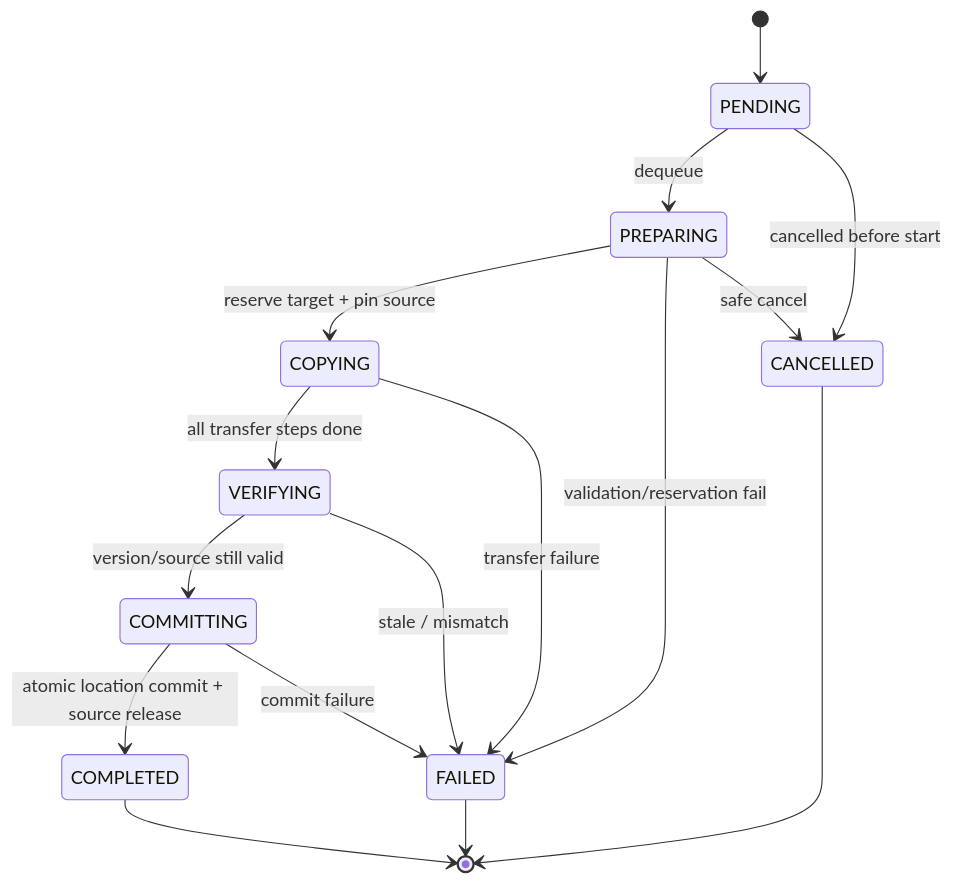
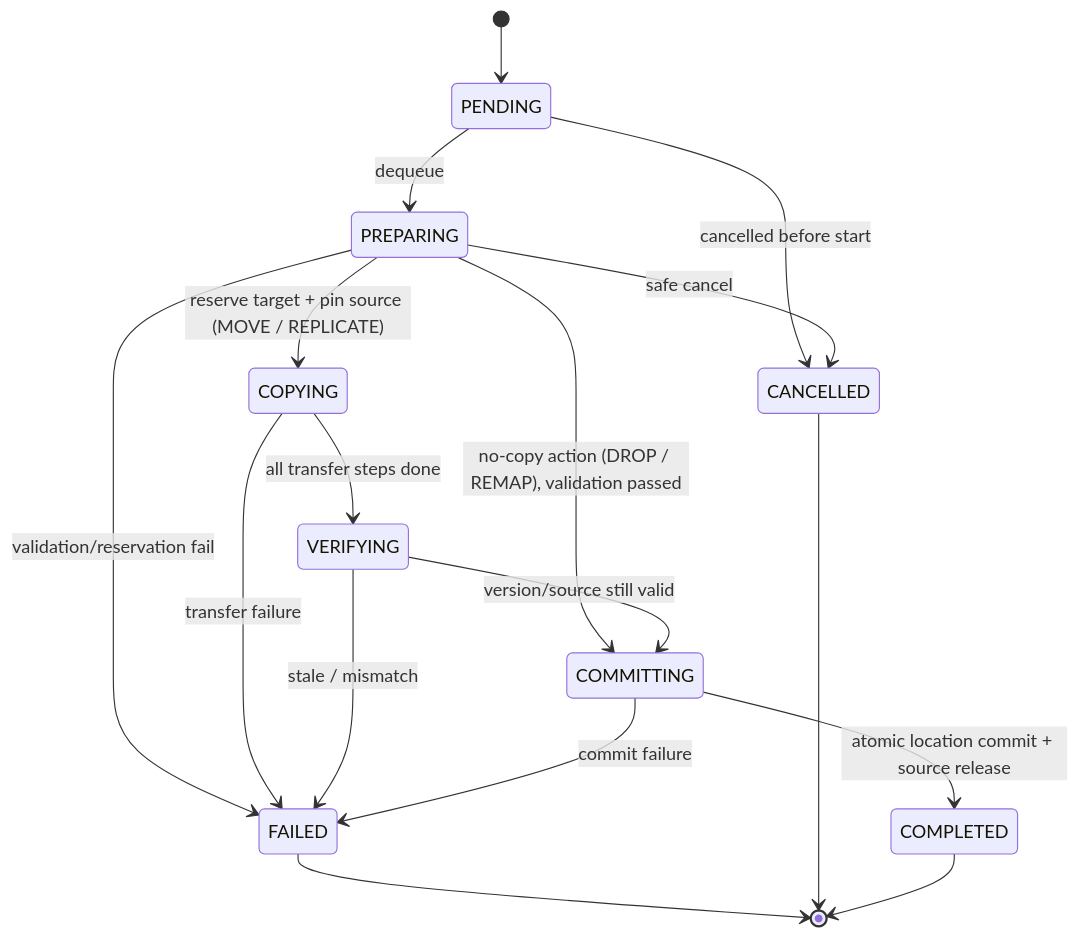
Before and after one commit to mkim0628/vllm: the fourth of 14 diagrams in doc-mk/vllm-ai-data-migration-architecture.md, drawn with Mermaid. The commit also changed other lines of this file and 1 other file, not shown here.

First line of the commit message:
Common migration doc: add MigrationIntent action and per-action control-plane paths

```diff
--- a/doc-mk/vllm-ai-data-migration-architecture.md
+++ b/doc-mk/vllm-ai-data-migration-architecture.md
@@ -697,22 +717,23 @@
 ~~~mermaid
 stateDiagram-v2
     [*] --> PENDING
     PENDING --> PREPARING: dequeue
-    PREPARING --> COPYING: reserve target + pin source
+    PREPARING --> COPYING: reserve target + pin source (MOVE / REPLICATE)
+    PREPARING --> COMMITTING: no-copy action (DROP / REMAP), validation passed
     PREPARING --> FAILED: validation/reservation fail
 
     COPYING --> VERIFYING: all transfer steps done
     COPYING --> FAILED: transfer failure
 
     VERIFYING --> COMMITTING: version/source still valid
     VERIFYING --> FAILED: stale / mismatch
 
     COMMITTING --> COMPLETED: atomic location commit + source release
     COMMITTING --> FAILED: commit failure
 
     PENDING --> CANCELLED: cancelled before start
     PREPARING --> CANCELLED: safe cancel
     FAILED --> [*]
     CANCELLED --> [*]
     COMPLETED --> [*]
 ~~~
```
